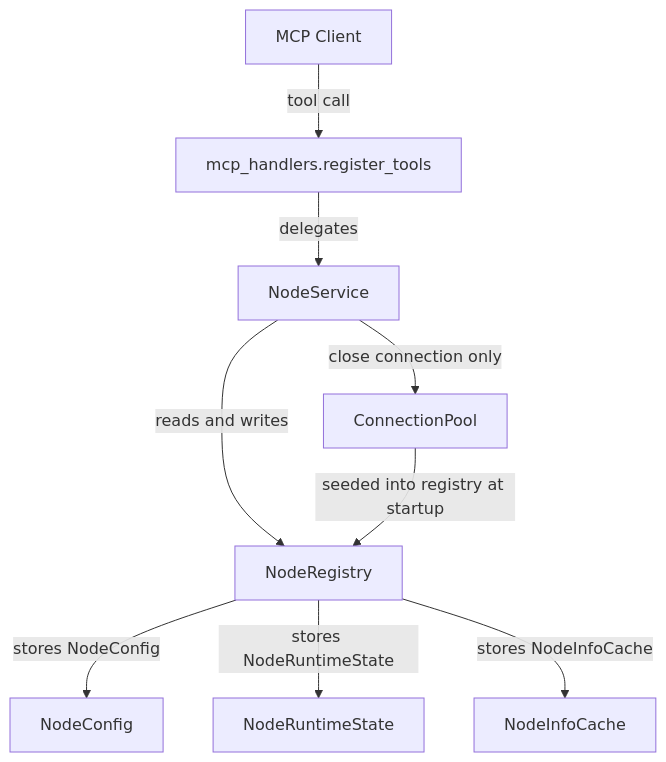
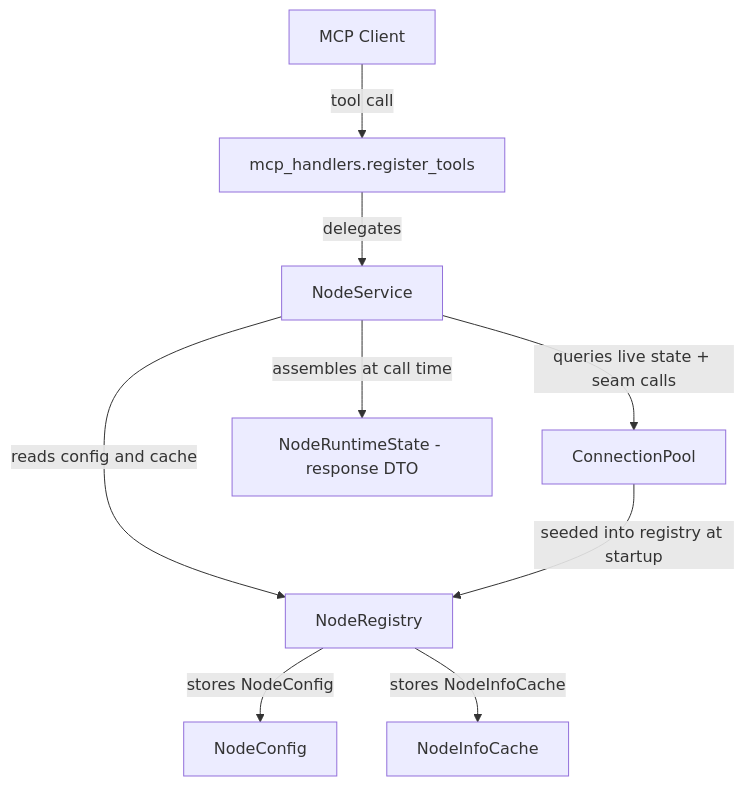
The diagram in plans/node-management-api-slice.md (olilanz/mcp-ssh-gateway), drawn with Mermaid before and after one commit. The commit also changed other lines of this file and 15 other files, not shown here.

````diff
--- a/plans/node-management-api-slice.md
+++ b/plans/node-management-api-slice.md
@@ -371,11 +470,11 @@
 ```mermaid
 flowchart TD
     MCP_CLIENT[MCP Client] -->|tool call| HANDLERS[mcp_handlers.register_tools]
     HANDLERS -->|delegates| NS[NodeService]
-    NS -->|reads and writes| REG[NodeRegistry]
-    NS -->|close connection only| POOL[ConnectionPool]
+    NS -->|reads config and cache| REG[NodeRegistry]
+    NS -->|queries live state + seam calls| POOL[ConnectionPool]
     REG -->|stores NodeConfig| NC[NodeConfig]
-    REG -->|stores NodeRuntimeState| NRS[NodeRuntimeState]
     REG -->|stores NodeInfoCache| NIC[NodeInfoCache]
+    NS -->|assembles at call time| NRS[NodeRuntimeState - response DTO]
     POOL -->|seeded into registry at startup| REG
 ```
````
